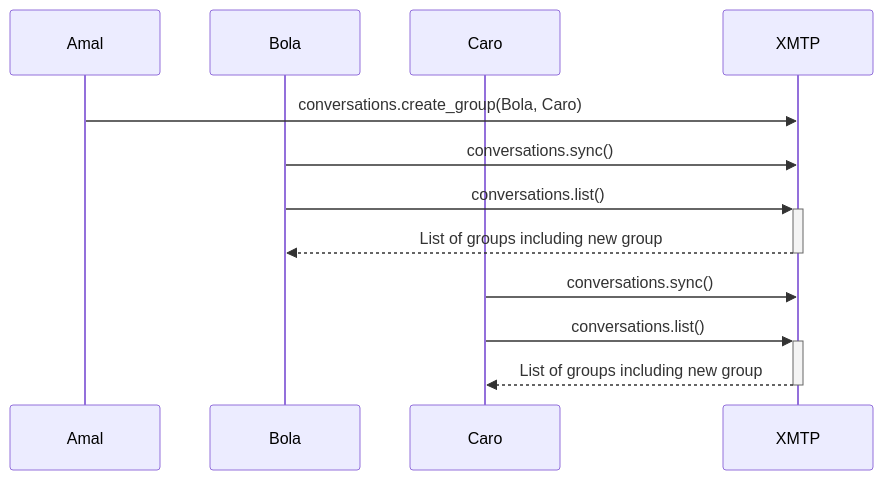
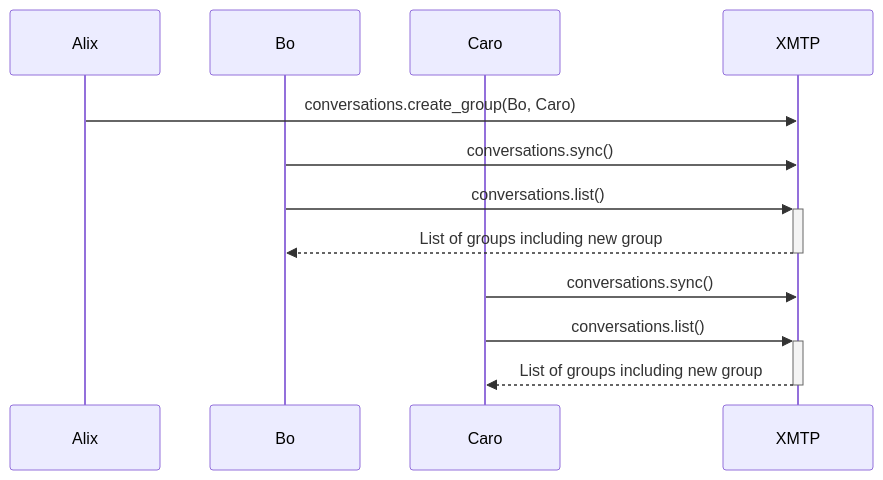
One commit to xmtp/xmtp-dot-org changed the diagram in docs/concepts/v3/mermaid/forming-groups.mermaid. Above: the diagram before and after it, drawn with Mermaid. The commit also changed 6 other files, not shown here.

```diff
--- a/docs/concepts/v3/mermaid/forming-groups.mermaid
+++ b/docs/concepts/v3/mermaid/forming-groups.mermaid
@@ -1,13 +1,13 @@
 sequenceDiagram
-    participant Amal
-    participant Bola
+    participant Alix
+    participant Bo
     participant Caro
     participant XMTP
 
-    Amal->>XMTP: conversations.create_group(Bola, Caro)
-    Bola->>XMTP: conversations.sync()
-    Bola->>+XMTP: conversations.list()
-    XMTP-->>-Bola: List of groups including new group
+    Alix->>XMTP: conversations.create_group(Bo, Caro)
+    Bo->>XMTP: conversations.sync()
+    Bo->>+XMTP: conversations.list()
+    XMTP-->>-Bo: List of groups including new group
     Caro->>XMTP: conversations.sync()
     Caro->>+XMTP: conversations.list()
     XMTP-->>-Caro: List of groups including new group  
```
